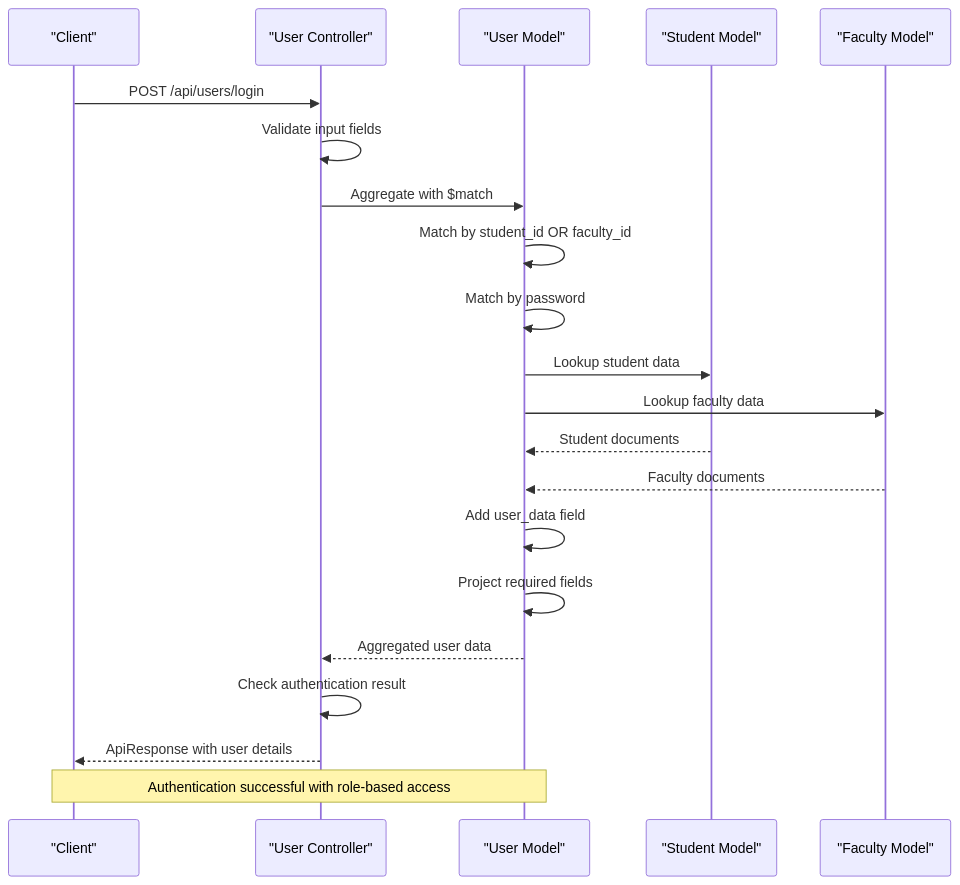
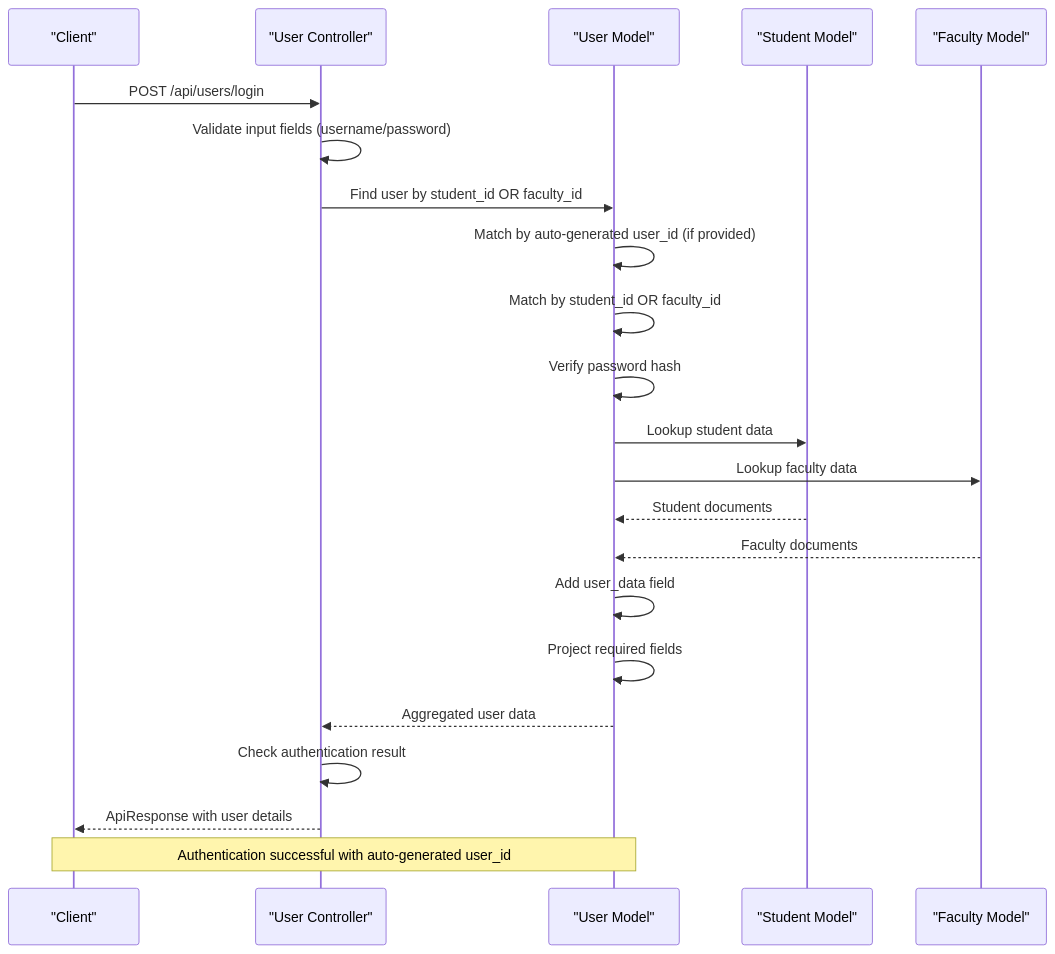
Before and after one commit to Aryan9060/Timetable-Project: the sixth of 9 diagrams in .qoder/repowiki/en/content/Data Models & Database Schema/Core User Model.md, drawn with Mermaid. The commit also changed other lines of this file and 21 other files, not shown here.

First line of the commit message:
feat(auth): implement comprehensive JWT-based authentication system

````diff
--- a/.qoder/repowiki/en/content/Data Models & Database Schema/Core User Model.md
+++ b/.qoder/repowiki/en/content/Data Models & Database Schema/Core User Model.md
@@ -281,23 +295,24 @@
 ```mermaid
 sequenceDiagram
 participant Client as "Client"
 participant Controller as "User Controller"
 participant Model as "User Model"
 participant Student as "Student Model"
 participant Faculty as "Faculty Model"
 Client->>Controller : POST /api/users/login
-Controller->>Controller : Validate input fields
-Controller->>Model : Aggregate with $match
+Controller->>Controller : Validate input fields (username/password)
+Controller->>Model : Find user by student_id OR faculty_id
+Model->>Model : Match by auto-generated user_id (if provided)
 Model->>Model : Match by student_id OR faculty_id
-Model->>Model : Match by password
+Model->>Model : Verify password hash
 Model->>Student : Lookup student data
 Model->>Faculty : Lookup faculty data
 Student-->>Model : Student documents
 Faculty-->>Model : Faculty documents
 Model->>Model : Add user_data field
 Model->>Model : Project required fields
 Model-->>Controller : Aggregated user data
 Controller->>Controller : Check authentication result
 Controller-->>Client : ApiResponse with user details
-Note over Client,Model : Authentication successful with role-based access
+Note over Client,Model : Authentication successful with auto-generated user_id
 ```
````
